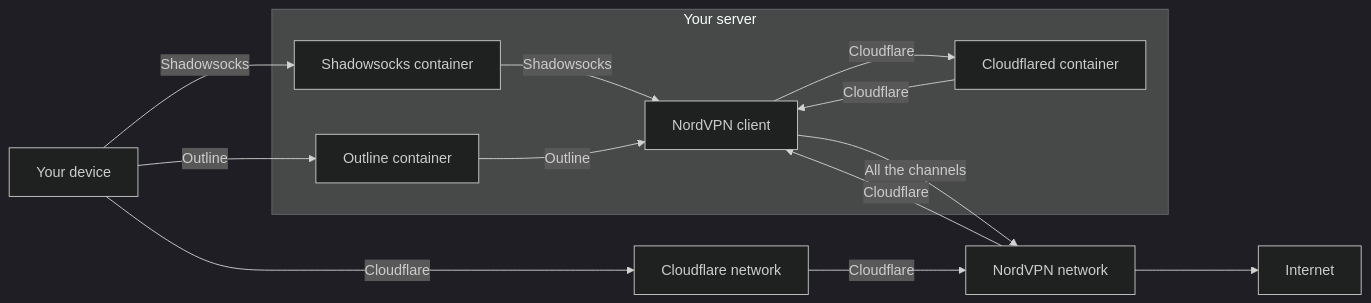
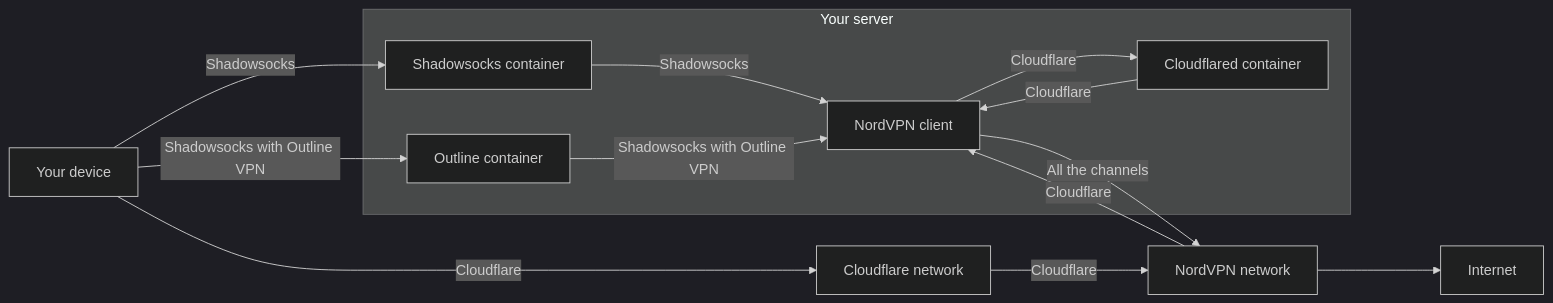
The diagram in README.md (give-me/vpn), drawn with Mermaid (dark theme) before and after one commit. The commit also changed other lines of this file and 1 other file, not shown here.

````diff
--- a/README.md
+++ b/README.md
@@ -72,20 +72,20 @@
 ```mermaid
-flowchart LR;
-    Y --Shadowsocks--> SC --Shadowsocks--> VC
-    Y --Outline-->     OC --Outline-->     VC
-    Y --Cloudflare-->  CN --Cloudflare-->  VN --Cloudflare--> VC --Cloudflare--> CC --Cloudflare--> VC
+flowchart LR
+    Y --Shadowsocks-->                   SS --Shadowsocks-->                                      VC
+    Y --Shadowsocks with Outline VPN-->  SO --Shadowsocks with Outline VPN-->                     VC
+    Y --Cloudflare--> CN --Cloudflare--> VN --Cloudflare--> VC --Cloudflare--> CC --Cloudflare--> VC
 
     VC --All the channels--> VN ---> I
     
     Y[Your device]
     VN[NordVPN network]
     CN[Cloudflare network]
     I[Internet]
 
     subgraph Your server
-    SC[Shadowsocks container]
-    OC[Outline container]
-    CC[Cloudflared container]
-    VC[NordVPN client]
+        SS[Shadowsocks container]
+        SO[Outline container]
+        CC[Cloudflared container]
+        VC[NordVPN client]
     end
 ```
````
